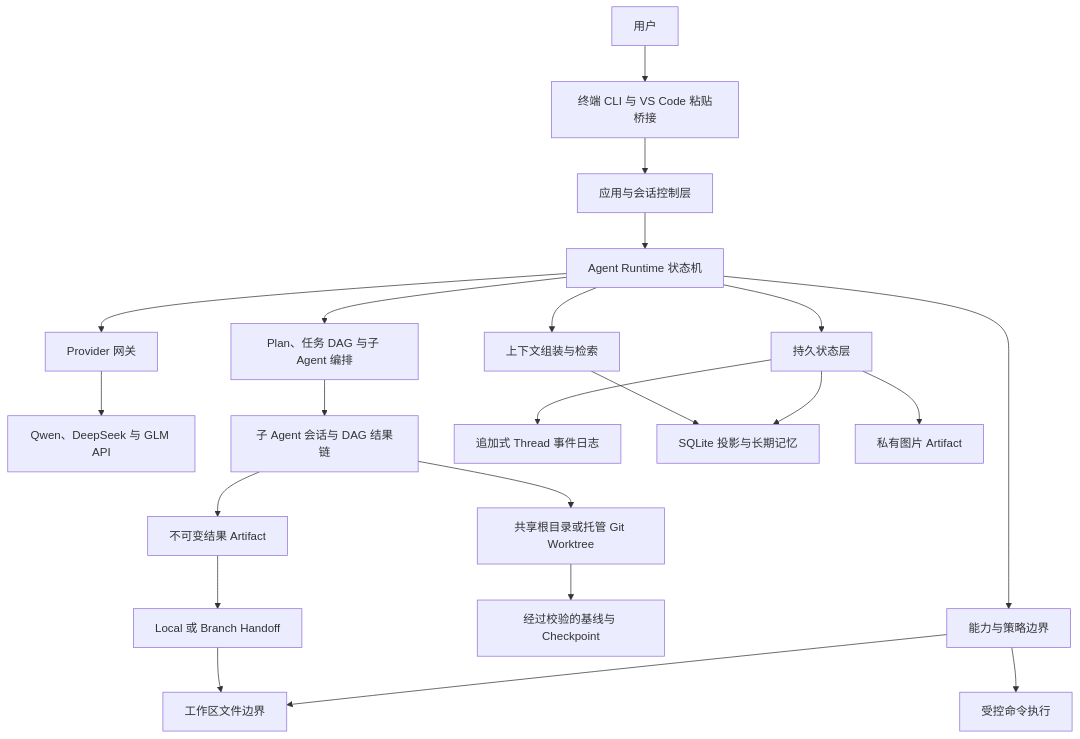
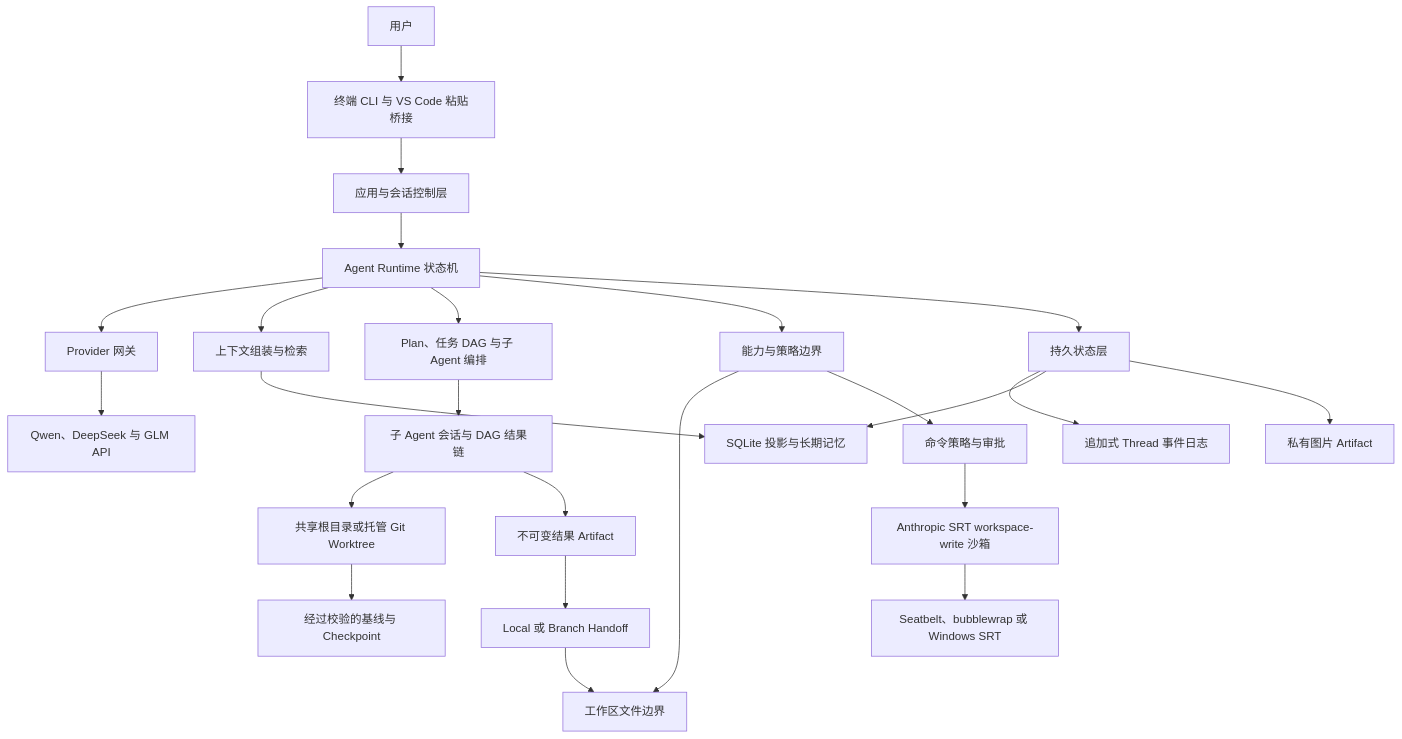
Before and after one commit to dd1000001000/EASY_CODE: the first of 2 diagrams in docs/TECHNICAL_DESIGN_ZH.md, drawn with Mermaid. The commit also changed other lines of this file and 40 other files, not shown here.

````diff
--- a/docs/TECHNICAL_DESIGN_ZH.md
+++ b/docs/TECHNICAL_DESIGN_ZH.md
@@ -25,27 +26,29 @@
 ```mermaid
 flowchart TB
     User[用户] --> UI[终端 CLI 与 VS Code 粘贴桥接]
     UI --> App[应用与会话控制层]
     App --> Runtime[Agent Runtime 状态机]
 
     Runtime --> Provider[Provider 网关]
     Runtime --> Context[上下文组装与检索]
     Runtime --> Orchestration[Plan、任务 DAG 与子 Agent 编排]
     Runtime --> Capabilities[能力与策略边界]
 
     Provider --> APIs[Qwen、DeepSeek 与 GLM API]
     Capabilities --> Workspace[工作区文件边界]
-    Capabilities --> Commands[受控命令执行]
+    Capabilities --> Commands[命令策略与审批]
+    Commands --> Sandbox[Anthropic SRT workspace-write 沙箱]
+    Sandbox --> OS[Seatbelt、bubblewrap 或 Windows SRT]
     Orchestration --> Children[子 Agent 会话与 DAG 结果链]
     Children --> Environments[共享根目录或托管 Git Worktree]
     Environments --> Snapshots[经过校验的基线与 Checkpoint]
     Children --> Results[不可变结果 Artifact]
     Results --> Handoff[Local 或 Branch Handoff]
     Handoff --> Workspace
 
     Runtime --> State[持久状态层]
     State --> Journal[追加式 Thread 事件日志]
     State --> Database[SQLite 投影与长期记忆]
     State --> Artifacts[私有图片 Artifact]
     Context --> Database
 ```
````
